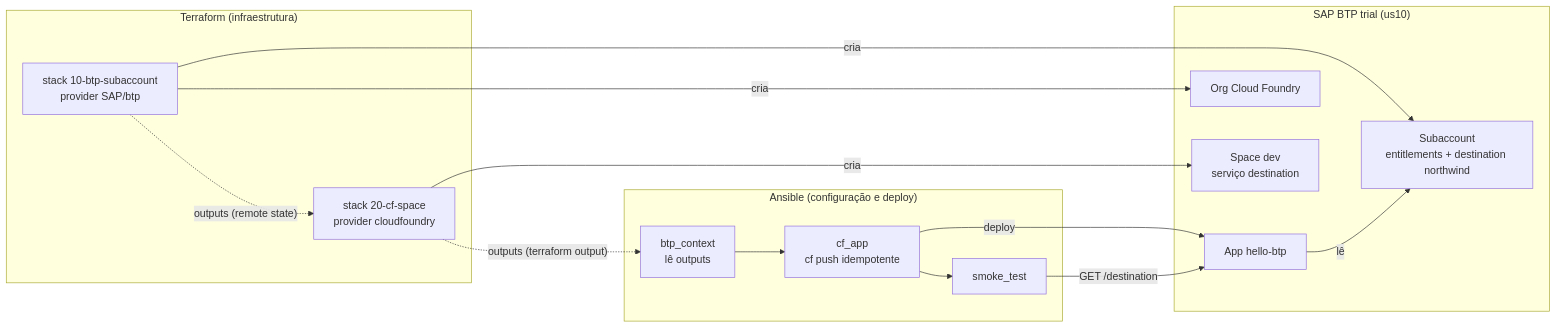
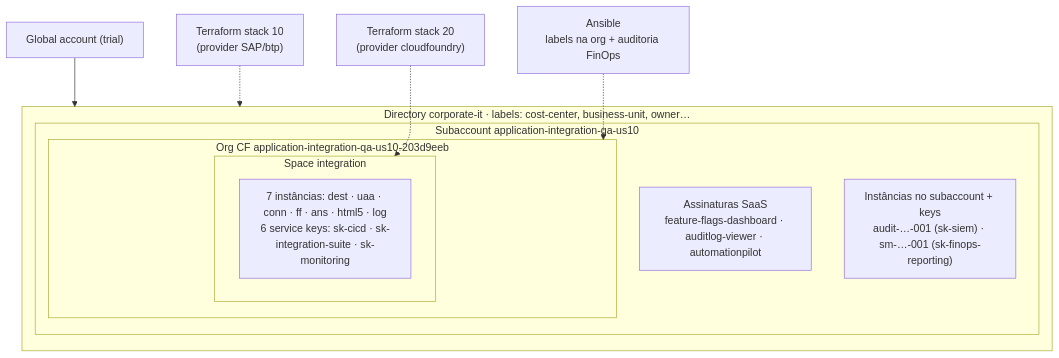
Before and after one commit to gabriel-rodrigues-f/sap-btp-terraform: the diagram in README.md, drawn with Mermaid. The commit also changed other lines of this file and 102 other files, not shown here.

First line of the commit message:
feat: landing zone com nomes CAF, labels de FinOps e RBAC por persona

````diff
--- a/README.md
+++ b/README.md
@@ -16,27 +18,19 @@
 ```mermaid
-flowchart LR
-  subgraph TF["Terraform (infraestrutura)"]
-    S10["stack 10-btp-subaccount<br/>provider SAP/btp"]
-    S20["stack 20-cf-space<br/>provider cloudfoundry"]
+flowchart TB
+  GA["Global account (trial)"]
+  subgraph DIR["Directory corporate-it  ·  labels: cost-center, business-unit, owner…"]
+    subgraph SA["Subaccount application-integration-qa-us10"]
+      SUB["Assinaturas SaaS<br/>feature-flags-dashboard · auditlog-viewer · automationpilot"]
+      SM["Instâncias no subaccount + keys<br/>audit-…-001 (sk-siem) · sm-…-001 (sk-finops-reporting)"]
+      subgraph ORG["Org CF application-integration-qa-us10-203d9eeb"]
+        subgraph SP["Space integration"]
+          CFI["7 instâncias: dest · uaa · conn · ff · ans · html5 · log<br/>6 service keys: sk-cicd · sk-integration-suite · sk-monitoring"]
+        end
+      end
+    end
   end
-  subgraph AN["Ansible (configuração e deploy)"]
-    CTX["btp_context<br/>lê outputs"]
-    APP["cf_app<br/>cf push idempotente"]
-    SMK["smoke_test"]
-  end
-  subgraph BTP["SAP BTP trial (us10)"]
-    SA["Subaccount<br/>entitlements + destination northwind"]
-    ORG["Org Cloud Foundry"]
-    SP["Space dev<br/>serviço destination"]
-    HB["App hello-btp"]
-  end
-
-  S10 -->|cria| SA
-  S10 -->|cria| ORG
-  S10 -. "outputs (remote state)" .-> S20
-  S20 -->|cria| SP
-  S20 -. "outputs (terraform output)" .-> CTX
-  CTX --> APP -->|deploy| HB
-  APP --> SMK -->|"GET /destination"| HB
-  HB -->|lê| SA
+  GA --> DIR
+  TF10["Terraform stack 10<br/>(provider SAP/btp)"] -.-> DIR
+  TF20["Terraform stack 20<br/>(provider cloudfoundry)"] -.-> SP
+  ANS["Ansible<br/>labels na org + auditoria FinOps"] -.-> ORG
 ```
````
